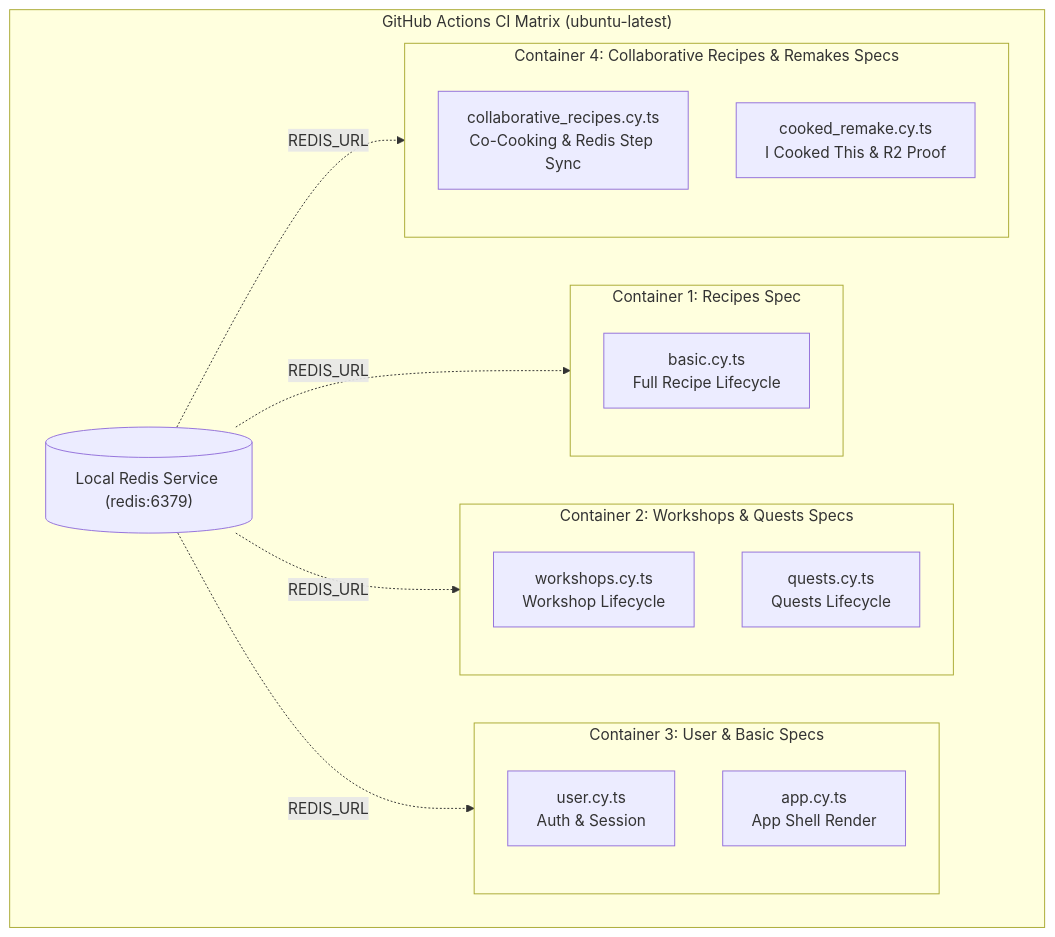
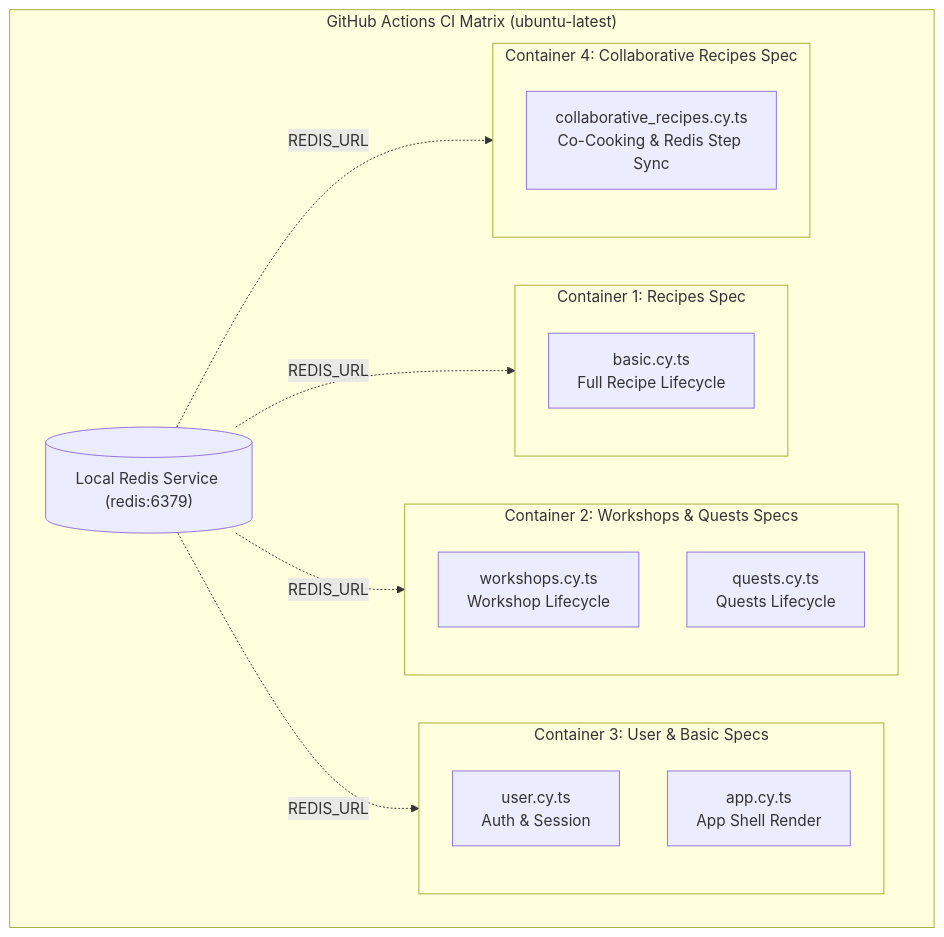
The first of 11 diagrams in docs/testing/e2e/workflows.md (jorbush/jorbites), drawn with Mermaid before and after one commit. The commit also changed other lines of this file and 4 other files, not shown here.

````diff
--- a/docs/testing/e2e/workflows.md
+++ b/docs/testing/e2e/workflows.md
@@ -9,30 +9,29 @@
 ```mermaid
 flowchart TD
     subgraph GitHubActions["GitHub Actions CI Matrix (ubuntu-latest)"]
         redisSvc[("Local Redis Service (redis:6379)")]
-        
+
         subgraph Job1["Container 1: Recipes Spec"]
             T1["basic.cy.ts<br/>Full Recipe Lifecycle"]
         end
-        
+
         subgraph Job2["Container 2: Workshops & Quests Specs"]
             T2["workshops.cy.ts<br/>Workshop Lifecycle"]
             T3["quests.cy.ts<br/>Quests Lifecycle"]
         end
-        
+
         subgraph Job3["Container 3: User & Basic Specs"]
             T4["user.cy.ts<br/>Auth & Session"]
             T5["app.cy.ts<br/>App Shell Render"]
         end
-        
-        subgraph Job4["Container 4: Collaborative Recipes & Remakes Specs"]
+
+        subgraph Job4["Container 4: Collaborative Recipes Spec"]
             T6["collaborative_recipes.cy.ts<br/>Co-Cooking & Redis Step Sync"]
-            T7["cooked_remake.cy.ts<br/>I Cooked This & R2 Proof"]
         end
     end
 
     redisSvc -.->|REDIS_URL| Job1
     redisSvc -.->|REDIS_URL| Job2
     redisSvc -.->|REDIS_URL| Job3
     redisSvc -.->|REDIS_URL| Job4
 ```
````
